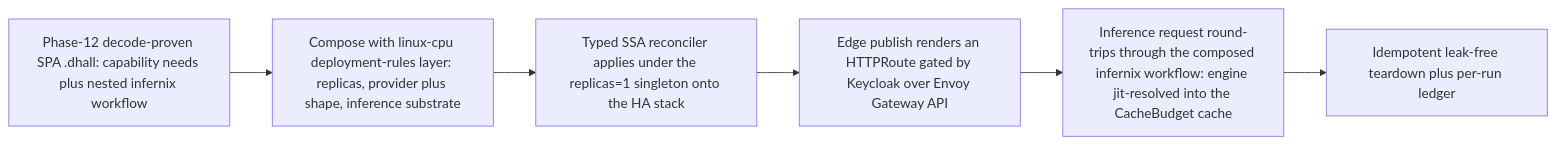
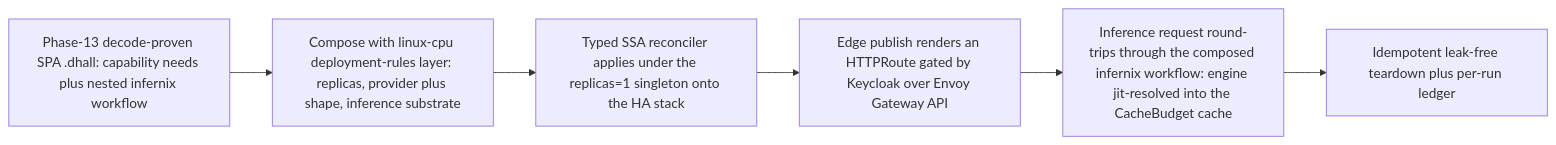
The diagram in DEVELOPMENT_PLAN/phase_37_spa_live_deploy.md (Tuee22/amoebius), drawn with Mermaid before and after one commit. The commit also changed other lines of this file and 26 other files, not shown here.

````diff
--- a/DEVELOPMENT_PLAN/phase_37_spa_live_deploy.md
+++ b/DEVELOPMENT_PLAN/phase_37_spa_live_deploy.md
@@ -54,8 +54,8 @@
 ```mermaid
 flowchart LR
-  spa[Phase-12 decode-proven SPA .dhall: capability needs plus nested infernix workflow] --> compose[Compose with linux-cpu deployment-rules layer: replicas, provider plus shape, inference substrate]
+  spa[Phase-13 decode-proven SPA .dhall: capability needs plus nested infernix workflow] --> compose[Compose with linux-cpu deployment-rules layer: replicas, provider plus shape, inference substrate]
   compose --> apply[Typed SSA reconciler applies under the replicas=1 singleton onto the HA stack]
   apply --> edge[Edge publish renders an HTTPRoute gated by Keycloak over Envoy Gateway API]
   edge --> infer[Inference request round-trips through the composed infernix workflow: engine jit-resolved into the CacheBudget cache]
   infer --> teardown[Idempotent leak-free teardown plus per-run ledger]
 ```
````
